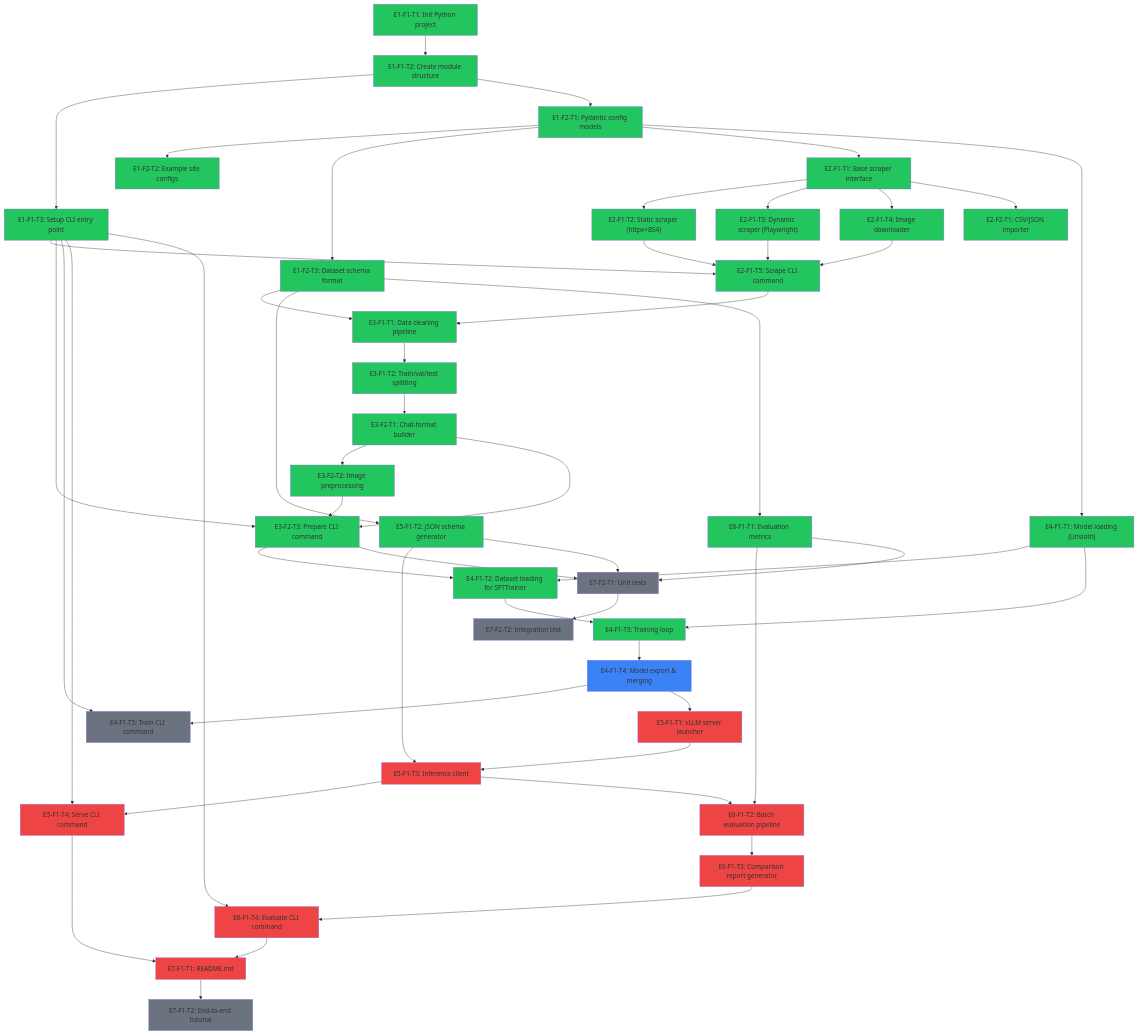
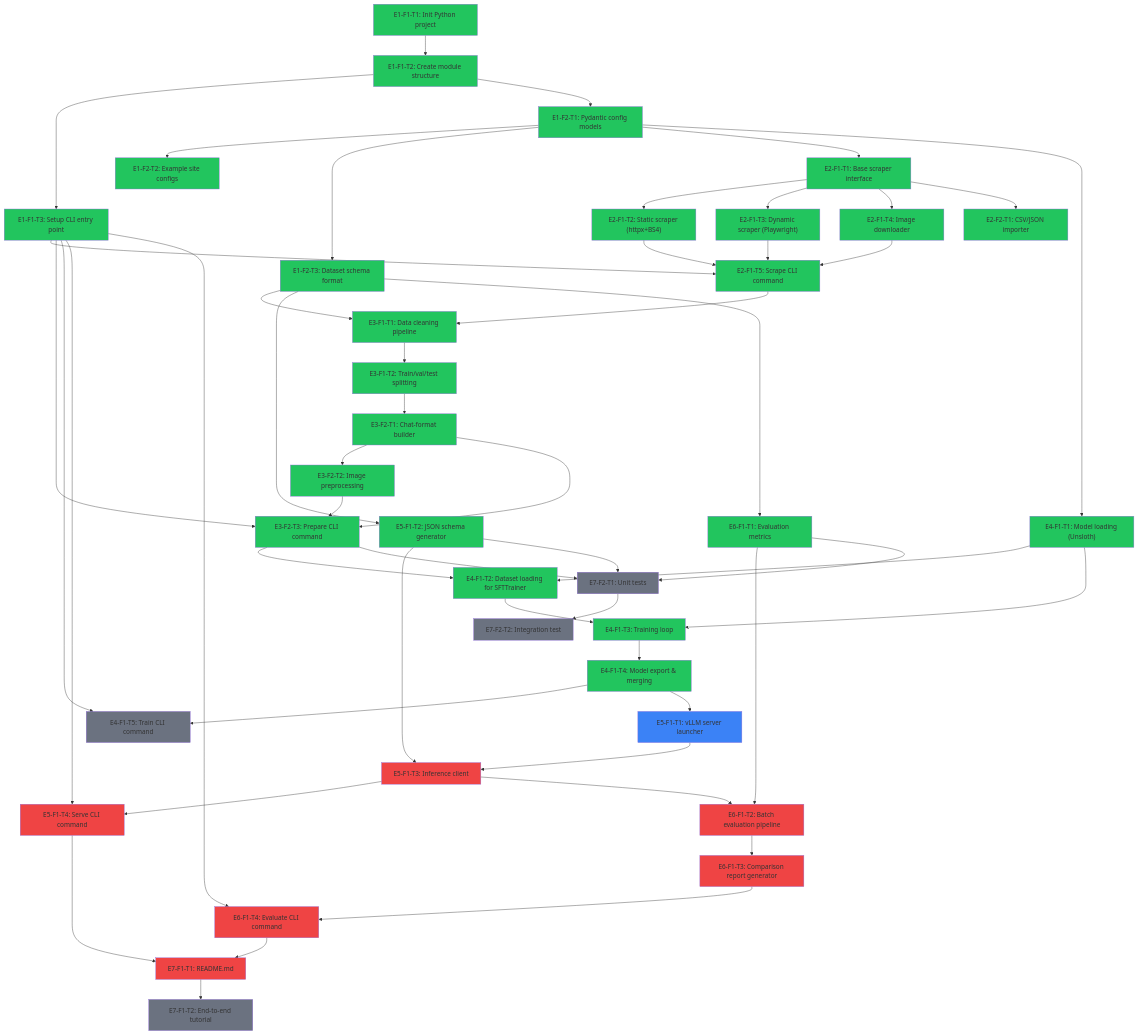
One commit to Vutiot/ArticleTagging changed the diagram in ROADMAP.md. Above: the diagram before and after it, drawn with Mermaid. The commit also changed other lines of this file and 1 other file, not shown here.

Commit message:
E4-F1-T4: Implement model export and merging
- export_adapter(): save LoRA weights separately
- export_merged(): merge LoRA into base model via Unsloth
- export_model(): orchestrates both based on config.merge_on_export

```diff
--- a/ROADMAP.md
+++ b/ROADMAP.md
@@ -139,12 +139,13 @@
   style E3F2T3 fill:#22c55e
   style E4F1T2 fill:#22c55e
   style E4F1T3 fill:#22c55e
+  style E4F1T4 fill:#22c55e
 
   %% Ready (blue) — all blockers resolved
-  style E4F1T4 fill:#3b82f6
+  style E4F1T5 fill:#3b82f6
+  style E5F1T1 fill:#3b82f6
 
   %% Critical path remaining (red)
-  style E5F1T1 fill:#ef4444
   style E5F1T3 fill:#ef4444
   style E5F1T4 fill:#ef4444
   style E6F1T2 fill:#ef4444
```
